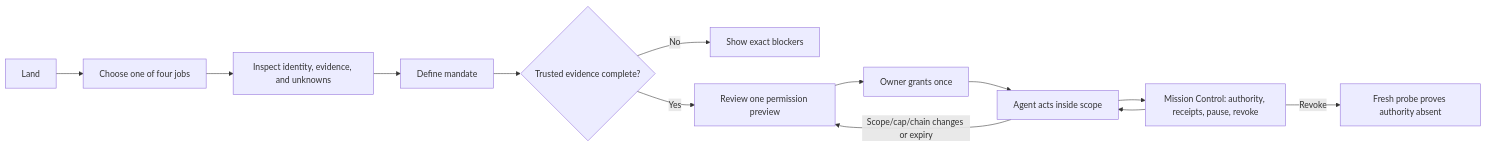
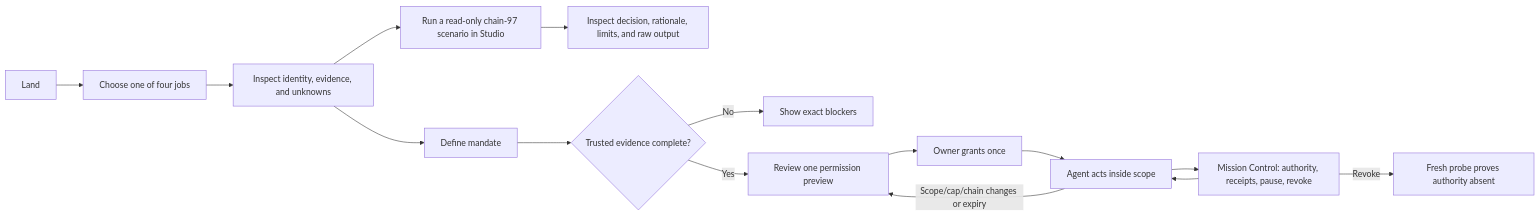
One commit to tang-vu/proofera-bnb changed the second of 2 diagrams in docs/architecture.md. Above: the diagram before and after it, drawn with Mermaid. The commit also changed other lines of this file and 23 other files, not shown here.

````diff
--- a/docs/architecture.md
+++ b/docs/architecture.md
@@ -24,15 +24,17 @@
 ```mermaid
 flowchart LR
   L[Land] --> C[Choose one of four jobs]
   C --> D[Inspect identity, evidence, and unknowns]
+  D --> S[Run a read-only chain-97 scenario in Studio]
+  S --> V[Inspect decision, rationale, limits, and raw output]
   D --> M[Define mandate]
   M --> E{Trusted evidence complete?}
   E -->|No| H[Show exact blockers]
   E -->|Yes| P[Review one permission preview]
   P --> G[Owner grants once]
   G --> X[Agent acts inside scope]
   X --> O[Mission Control: authority, receipts, pause, revoke]
   O --> X
   X -->|Scope/cap/chain changes or expiry| P
   O -->|Revoke| R[Fresh probe proves authority absent]
 ```
````
